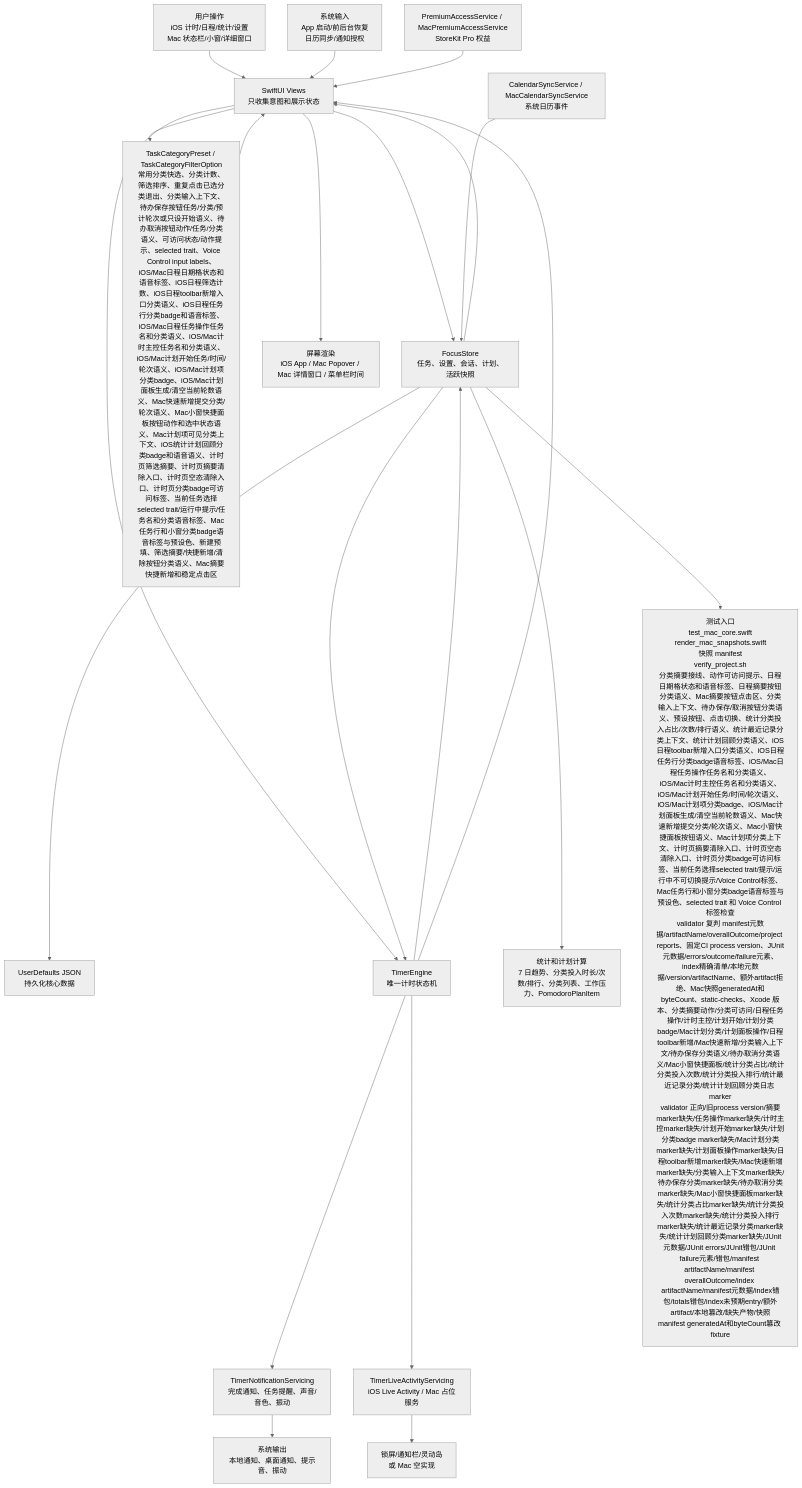
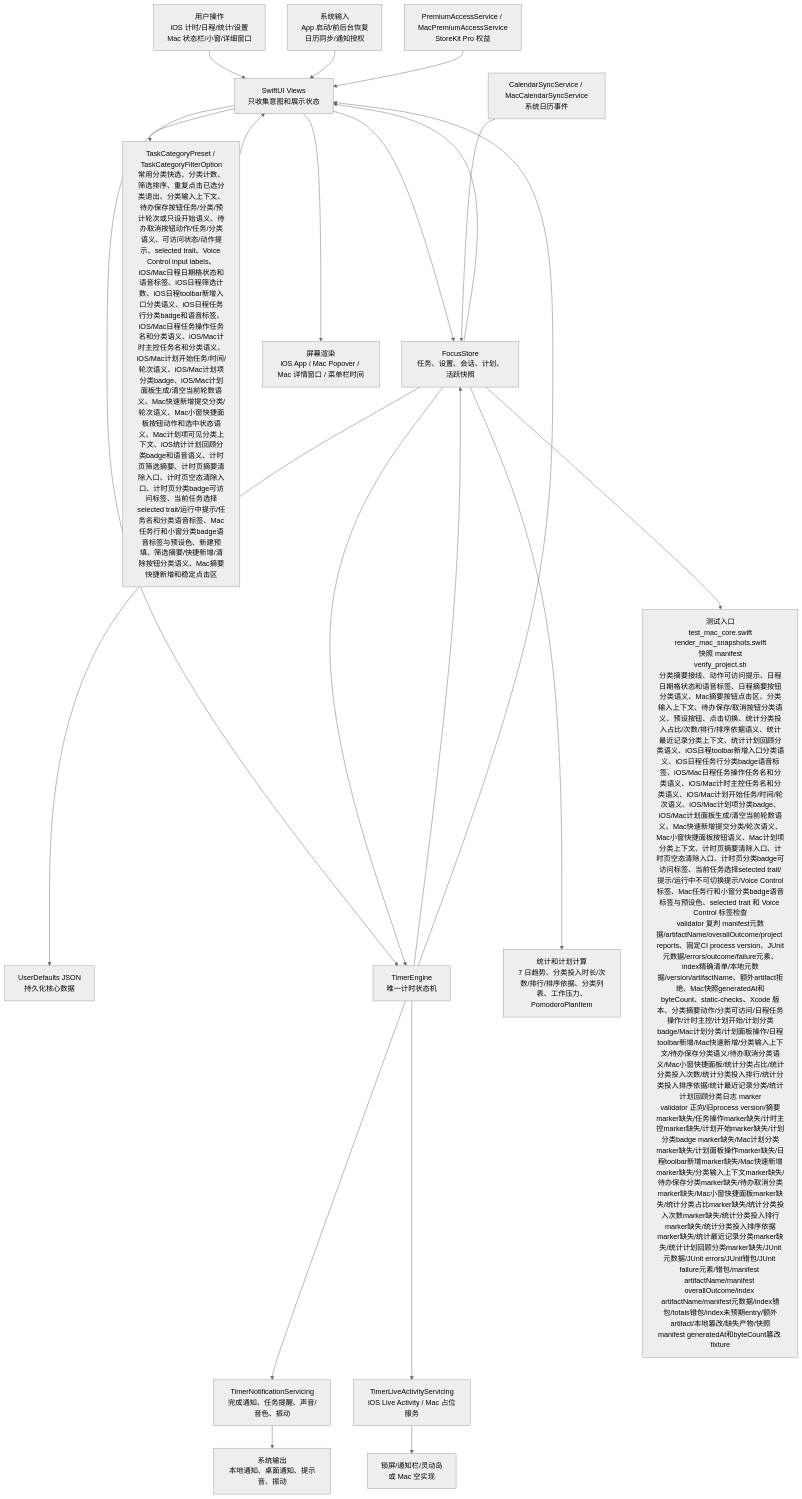
One commit to Altman-sam114/114 changed the first of 6 diagrams in md/flow/flowchart.md. Above: the diagram before and after it, drawn with Mermaid (neutral theme). The commit also changed other lines of this file and 9 other files, not shown here.

````diff
--- a/md/flow/flowchart.md
+++ b/md/flow/flowchart.md
@@ -9,23 +9,23 @@
 ```mermaid
 flowchart TD
   U["用户操作<br/>iOS 计时/日程/统计/设置<br/>Mac 状态栏/小窗/详细窗口"] --> V["SwiftUI Views<br/>只收集意图和展示状态"]
   SYS["系统输入<br/>App 启动/前后台恢复<br/>日历同步/通知授权"] --> V
   V --> S["FocusStore<br/>任务、设置、会话、计划、活跃快照"]
   V --> CAT["TaskCategoryPreset / TaskCategoryFilterOption<br/>常用分类快选、分类计数、筛选排序、重复点击已选分类退出、分类输入上下文、待办保存按钮任务/分类/预计轮次或只设开始语义、待办取消按钮动作/任务/分类语义、可访问状态/动作提示、selected trait、Voice Control input labels、iOS/Mac日程日期格状态和语音标签、iOS日程筛选计数、iOS日程toolbar新增入口分类语义、iOS日程任务行分类badge和语音标签、iOS/Mac日程任务操作任务名和分类语义、iOS/Mac计时主控任务名和分类语义、iOS/Mac计划开始任务/时间/轮次语义、iOS/Mac计划项分类badge、iOS/Mac计划面板生成/清空当前轮数语义、Mac快速新增提交分类/轮次语义、Mac小窗快捷面板按钮动作和选中状态语义、Mac计划项可见分类上下文、iOS统计计划回顾分类badge和语音语义、计时页筛选摘要、计时页摘要清除入口、计时页空态清除入口、计时页分类badge可访问标签、当前任务选择selected trait/运行中提示/任务名和分类语音标签、Mac任务行和小窗分类badge语音标签与预设色、新建预填、筛选摘要/快捷新增/清除按钮分类语义、Mac摘要快捷新增和稳定点击区"]
   CAT --> V
   S --> P["UserDefaults JSON<br/>持久化核心数据"]
   V --> E["TimerEngine<br/>唯一计时状态机"]
   S --> E
   E --> S
   E --> N["TimerNotificationServicing<br/>完成通知、任务提醒、声音/音色、振动"]
   E --> L["TimerLiveActivityServicing<br/>iOS Live Activity / Mac 占位服务"]
-  S --> C["统计和计划计算<br/>7 日趋势、分类投入时长/次数/排行、分类列表、工作压力、PomodoroPlanItem"]
+  S --> C["统计和计划计算<br/>7 日趋势、分类投入时长/次数/排行/排序依据、分类列表、工作压力、PomodoroPlanItem"]
   CAL["CalendarSyncService / MacCalendarSyncService<br/>系统日历事件"] --> S
   PRO["PremiumAccessService / MacPremiumAccessService<br/>StoreKit Pro 权益"] --> V
   S --> V
   E --> V
   V --> OUT["屏幕渲染<br/>iOS App / Mac Popover / Mac 详情窗口 / 菜单栏时间"]
   N --> OUT2["系统输出<br/>本地通知、桌面通知、提示音、振动"]
   L --> OUT3["锁屏/通知栏/灵动岛<br/>或 Mac 空实现"]
-  S --> T["测试入口<br/>test_mac_core.swift<br/>render_mac_snapshots.swift<br/>快照 manifest<br/>verify_project.sh<br/>分类摘要接线、动作可访问提示、日程日期格状态和语音标签、日程摘要按钮分类语义、Mac摘要按钮点击区、分类输入上下文、待办保存/取消按钮分类语义、预设按钮、点击切换、统计分类投入占比/次数/排行语义、统计最近记录分类上下文、统计计划回顾分类语义、iOS日程toolbar新增入口分类语义、iOS日程任务行分类badge语音标签、iOS/Mac日程任务操作任务名和分类语义、iOS/Mac计时主控任务名和分类语义、iOS/Mac计划开始任务/时间/轮次语义、iOS/Mac计划项分类badge、iOS/Mac计划面板生成/清空当前轮数语义、Mac快速新增提交分类/轮次语义、Mac小窗快捷面板按钮语义、Mac计划项分类上下文、计时页摘要清除入口、计时页空态清除入口、计时页分类badge可访问标签、当前任务选择selected trait/提示/运行中不可切换提示/Voice Control标签、Mac任务行和小窗分类badge语音标签与预设色、selected trait 和 Voice Control 标签检查<br/>validator 复判 manifest元数据/artifactName/overallOutcome/project reports、固定CI process version、JUnit元数据/errors/outcome/failure元素、index精确清单/本地元数据/version/artifactName、额外artifact拒绝、Mac快照generatedAt和byteCount、static-checks、Xcode 版本、分类摘要动作/分类可访问/日程任务操作/计时主控/计划开始/计划分类badge/Mac计划分类/计划面板操作/日程toolbar新增/Mac快速新增/分类输入上下文/待办保存分类语义/待办取消分类语义/Mac小窗快捷面板/统计分类占比/统计分类投入次数/统计分类投入排行/统计最近记录分类/统计计划回顾分类日志 marker<br/>validator 正向/旧process version/摘要marker缺失/任务操作marker缺失/计时主控marker缺失/计划开始marker缺失/计划分类badge marker缺失/Mac计划分类marker缺失/计划面板操作marker缺失/日程toolbar新增marker缺失/Mac快速新增marker缺失/分类输入上下文marker缺失/待办保存分类marker缺失/待办取消分类marker缺失/Mac小窗快捷面板marker缺失/统计分类占比marker缺失/统计分类投入次数marker缺失/统计分类投入排行marker缺失/统计最近记录分类marker缺失/统计计划回顾分类marker缺失/JUnit元数据/JUnit errors/JUnit错包/JUnit failure元素/错包/manifest artifactName/manifest overallOutcome/index artifactName/manifest元数据/index错包/totals错包/index未预期entry/额外artifact/本地篡改/缺失产物/快照manifest generatedAt和byteCount篡改 fixture"]
+  S --> T["测试入口<br/>test_mac_core.swift<br/>render_mac_snapshots.swift<br/>快照 manifest<br/>verify_project.sh<br/>分类摘要接线、动作可访问提示、日程日期格状态和语音标签、日程摘要按钮分类语义、Mac摘要按钮点击区、分类输入上下文、待办保存/取消按钮分类语义、预设按钮、点击切换、统计分类投入占比/次数/排行/排序依据语义、统计最近记录分类上下文、统计计划回顾分类语义、iOS日程toolbar新增入口分类语义、iOS日程任务行分类badge语音标签、iOS/Mac日程任务操作任务名和分类语义、iOS/Mac计时主控任务名和分类语义、iOS/Mac计划开始任务/时间/轮次语义、iOS/Mac计划项分类badge、iOS/Mac计划面板生成/清空当前轮数语义、Mac快速新增提交分类/轮次语义、Mac小窗快捷面板按钮语义、Mac计划项分类上下文、计时页摘要清除入口、计时页空态清除入口、计时页分类badge可访问标签、当前任务选择selected trait/提示/运行中不可切换提示/Voice Control标签、Mac任务行和小窗分类badge语音标签与预设色、selected trait 和 Voice Control 标签检查<br/>validator 复判 manifest元数据/artifactName/overallOutcome/project reports、固定CI process version、JUnit元数据/errors/outcome/failure元素、index精确清单/本地元数据/version/artifactName、额外artifact拒绝、Mac快照generatedAt和byteCount、static-checks、Xcode 版本、分类摘要动作/分类可访问/日程任务操作/计时主控/计划开始/计划分类badge/Mac计划分类/计划面板操作/日程toolbar新增/Mac快速新增/分类输入上下文/待办保存分类语义/待办取消分类语义/Mac小窗快捷面板/统计分类占比/统计分类投入次数/统计分类投入排行/统计分类投入排序依据/统计最近记录分类/统计计划回顾分类日志 marker<br/>validator 正向/旧process version/摘要marker缺失/任务操作marker缺失/计时主控marker缺失/计划开始marker缺失/计划分类badge marker缺失/Mac计划分类marker缺失/计划面板操作marker缺失/日程toolbar新增marker缺失/Mac快速新增marker缺失/分类输入上下文marker缺失/待办保存分类marker缺失/待办取消分类marker缺失/Mac小窗快捷面板marker缺失/统计分类占比marker缺失/统计分类投入次数marker缺失/统计分类投入排行marker缺失/统计分类投入排序依据marker缺失/统计最近记录分类marker缺失/统计计划回顾分类marker缺失/JUnit元数据/JUnit errors/JUnit错包/JUnit failure元素/错包/manifest artifactName/manifest overallOutcome/index artifactName/manifest元数据/index错包/totals错包/index未预期entry/额外artifact/本地篡改/缺失产物/快照manifest generatedAt和byteCount篡改 fixture"]
 ```
````
